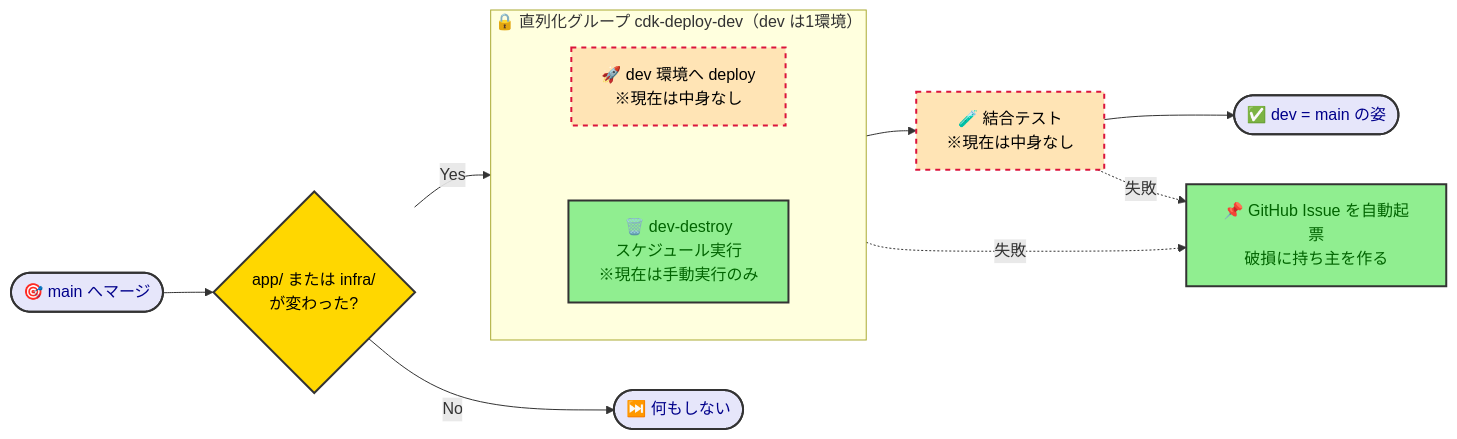
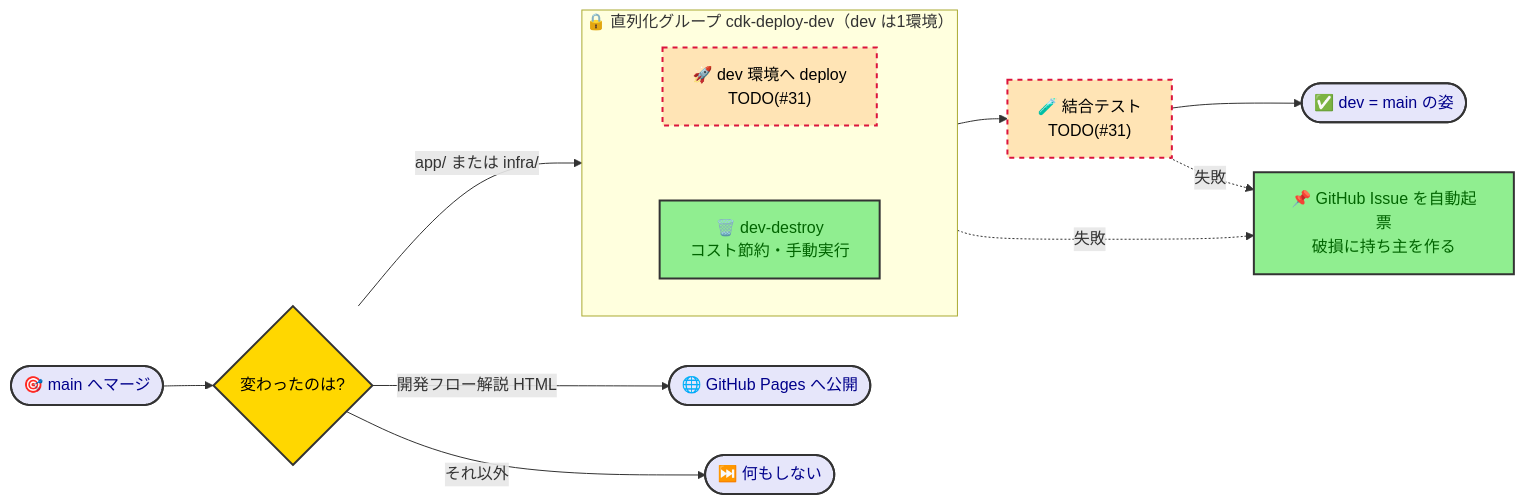
One commit to kasiopeiya/claude-dev-template changed the second of 2 diagrams in docs/design/cicd-design.md. Above: the diagram before and after it, drawn with Mermaid. The commit also changed other lines of this file and 8 other files, not shown here.

````diff
--- a/docs/design/cicd-design.md
+++ b/docs/design/cicd-design.md
@@ -120,28 +76,29 @@
 ```mermaid
 flowchart LR
-    Merged([🎯 main へマージ]) --> PathCheck{app/ または infra/<br/>が変わった?}
-    PathCheck -->|No| Skip([⏭️ 何もしない])
-    PathCheck -->|Yes| Deploy
+    Merged([🎯 main へマージ]) --> PathCheck{変わったのは?}
+    PathCheck -->|app/ または infra/| Deploy
+    PathCheck -->|開発フロー解説 HTML| Pages(["🌐 GitHub Pages へ公開"])
+    PathCheck -->|それ以外| Skip([⏭️ 何もしない])
 
     subgraph Serial["🔒 直列化グループ cdk-deploy-dev（dev は1環境）"]
         direction TB
-        Deploy["🚀 dev 環境へ deploy<br/>※現在は中身なし"]
-        Destroy["🗑️ dev-destroy<br/>スケジュール実行<br/>※現在は手動実行のみ"]
+        Deploy["🚀 dev 環境へ deploy<br/>TODO(#31)"]
+        Destroy["🗑️ dev-destroy<br/>コスト節約・手動実行"]
         Deploy ~~~ Destroy
     end
 
-    Deploy --> IT["🧪 結合テスト<br/>※現在は中身なし"]
+    Deploy --> IT["🧪 結合テスト<br/>TODO(#31)"]
     IT --> Done([✅ dev = main の姿])
     Deploy -. 失敗 .-> Issue
     IT -. 失敗 .-> Issue["📌 GitHub Issue を自動起票<br/>破損に持ち主を作る"]
 
     classDef startEnd fill:#E6E6FA,stroke:#333,stroke-width:2px,color:darkblue
     classDef process fill:#90EE90,stroke:#333,stroke-width:2px,color:darkgreen
     classDef decision fill:#FFD700,stroke:#333,stroke-width:2px,color:black
     classDef hollow fill:#FFE4B5,stroke:#DC143C,stroke-width:2px,stroke-dasharray: 5 5,color:black
 
-    class Merged,Skip,Done startEnd
+    class Merged,Skip,Done,Pages startEnd
     class Issue,Destroy process
     class PathCheck decision
     class Deploy,IT hollow
 ```
````
